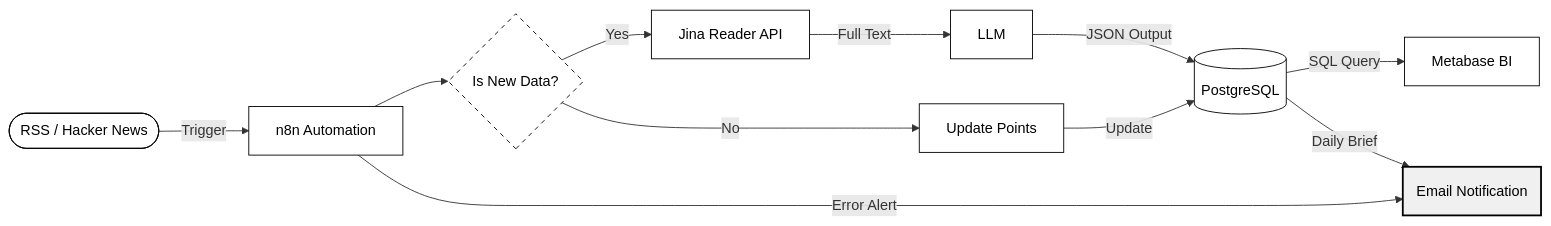
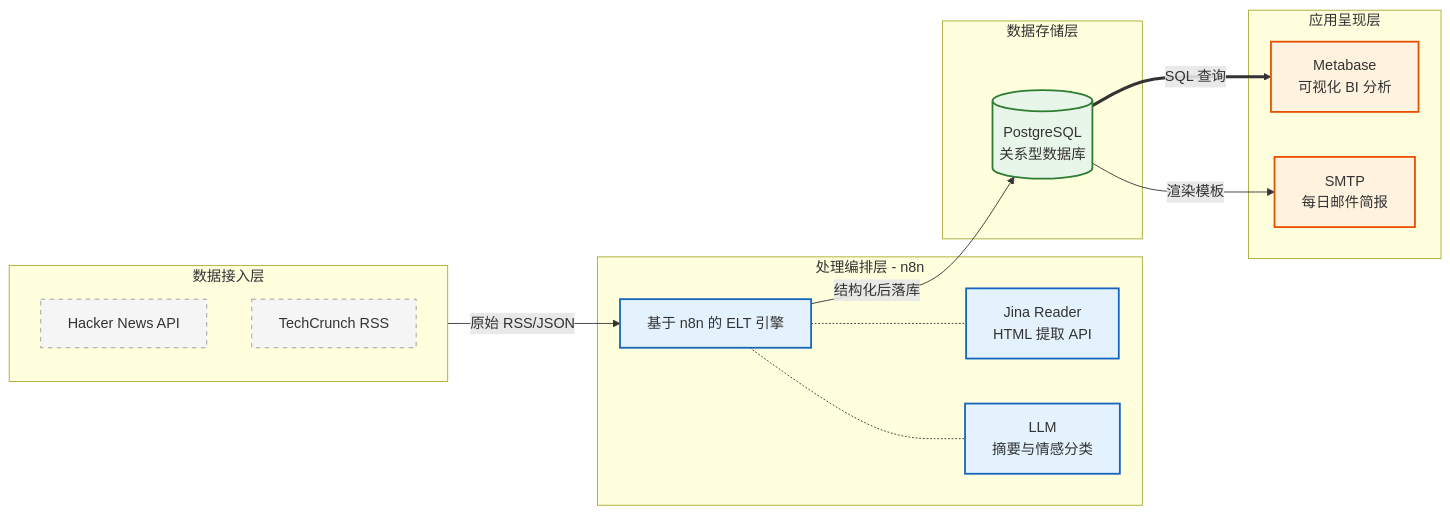
Before and after one commit to Trainingdlu/TechNews_Intelligence: the diagram in README.md, drawn with Mermaid.

````diff
--- a/README.md
+++ b/README.md
@@ -16,36 +16,46 @@
 ```mermaid
 flowchart LR
-    classDef node fill:#ffffff,stroke:#000000,stroke-width:1px,color:#000000,rx:0,ry:0;
-    classDef logic fill:#ffffff,stroke:#000000,stroke-width:1px,stroke-dasharray: 5 5,color:#000000;
-    classDef db fill:#ffffff,stroke:#000000,stroke-width:1px,shape:cylinder,color:#000000;
-    classDef notify fill:#f0f0f0,stroke:#000000,stroke-width:2px,color:#000000;
+    %% Data Sources
+    subgraph Sources [数据接入层]
+        HN[Hacker News API]
+        TC[TechCrunch RSS]
+    end
+
+    %% ELT Pipeline
+    subgraph Pipeline [处理编排层 - n8n]
+        N8N[基于 n8n 的 ELT 引擎]
+        JINA[Jina Reader <br/> HTML 提取 API]
+        LLM[LLM <br/> 摘要与情感分类]
+        
+        N8N -.- JINA
+        N8N -.- LLM
+    end
+
+    %% Storage
+    subgraph Storage [数据存储层]
+        PG[(PostgreSQL <br/> 关系型数据库)]
+    end
+
+    %% Presentation Layer
+    subgraph Presentation [应用呈现层]
+        MB[Metabase <br/> 可视化 BI 分析]
+        Email[SMTP <br/> 每日邮件简报]
+    end
+
+    %% Data Flow Connections
+    Sources -->|原始 RSS/JSON| N8N
+    N8N -->|结构化后落库| PG
+    PG ==>|SQL 查询| MB
+    PG -->|渲染模板| Email
     
-    A([RSS / Hacker News])
-    B[n8n Automation]
-    C{Is New Data?}
-    D[Jina Reader API]
-    E[LLM]
-    F[Update Points]
-    G[(PostgreSQL)]
-    H[Metabase BI]
-    I(Email Notification)
+    %% Styling
+    classDef source fill:#f5f5f5,stroke:#999,stroke-width:1px,stroke-dasharray: 5 5;
+    classDef engine fill:#e3f2fd,stroke:#1565c0,stroke-width:2px;
+    classDef db fill:#e8f5e9,stroke:#2e7d32,stroke-width:2px;
+    classDef app fill:#fff3e0,stroke:#e65100,stroke-width:2px;
 
-    A -->|Trigger| B
-    B --> C
-    
-    C -- Yes --> D
-    D -->|Full Text| E
-    E -->|JSON Output| G
-    
-    C -- No --> F
-    F -->|Update| G
-    
-    G -->|SQL Query| H
-    G -->|Daily Brief| I  
-    B -->|Error Alert| I
-
-    class A,B,D,E,F,H node;
-    class C logic;
-    class G db;
-    class I notify;
+    class HN,TC source;
+    class N8N,JINA,LLM engine;
+    class PG db;
+    class MB,Email app;
 ```
````
